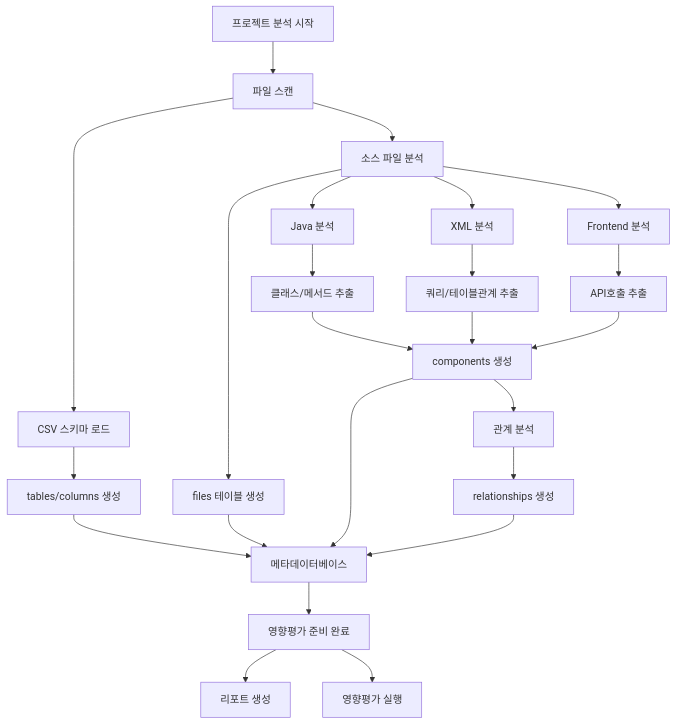
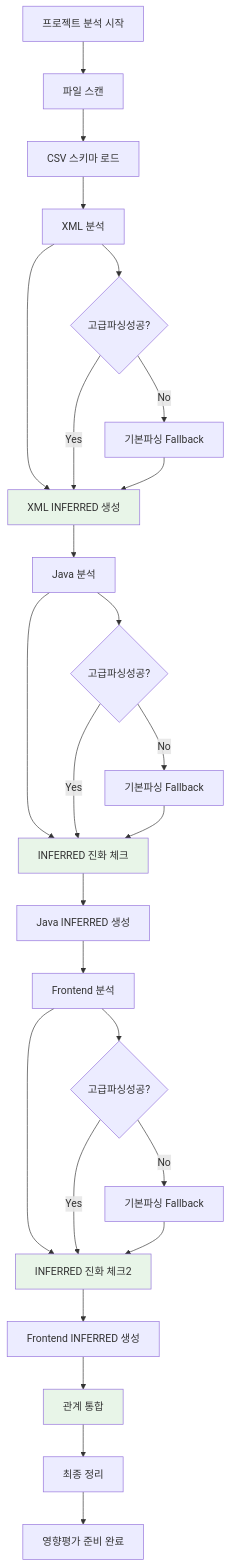
Before and after one commit to kumtaek/SourceAnalyzer: the third of 7 diagrams in docs/03_시스템_아키텍처_설계.md, drawn with Mermaid. The commit also changed other lines of this file and 63 other files, not shown here.

````diff
--- a/docs/03_시스템_아키텍처_설계.md
+++ b/docs/03_시스템_아키텍처_설계.md
@@ -282,33 +269,37 @@
 ```mermaid
 flowchart TD
     A[프로젝트 분석 시작] --> B[파일 스캔]
     B --> C[CSV 스키마 로드]
-    B --> D[소스 파일 분석]
+    C --> D[XML 분석]
     
-    C --> E[tables/columns 생성]
-    D --> F[files 테이블 생성]
+    D --> E[XML INFERRED 생성]
+    E --> F[Java 분석]
+    F --> G[INFERRED 진화 체크]
+    G --> H[Java INFERRED 생성]
+    H --> I[Frontend 분석]
+    I --> J[INFERRED 진화 체크2]
+    J --> K[Frontend INFERRED 생성]
+    K --> L[관계 통합]
+    L --> M[최종 정리]
+    M --> N[영향평가 준비 완료]
     
-    D --> G[Java 분석]
-    D --> H[XML 분석]  
-    D --> I[Frontend 분석]
+    D --> D1{고급파싱성공?}
+    D1 -->|Yes| E
+    D1 -->|No| D2[기본파싱 Fallback]
+    D2 --> E
     
-    G --> J[클래스/메서드 추출]
-    H --> K[쿼리/테이블관계 추출]
-    I --> L[API호출 추출]
+    F --> F1{고급파싱성공?}
+    F1 -->|Yes| G
+    F1 -->|No| F2[기본파싱 Fallback]
+    F2 --> G
     
-    J --> M[components 생성]
-    K --> M
-    L --> M
+    I --> I1{고급파싱성공?}
+    I1 -->|Yes| J
+    I1 -->|No| I2[기본파싱 Fallback]
+    I2 --> J
     
-    M --> N[관계 분석]
-    N --> O[relationships 생성]
-    
-    E --> P[메타데이터베이스]
-    F --> P
-    M --> P
-    O --> P
-    
-    P --> Q[영향평가 준비 완료]
-    Q --> R[리포트 생성]
-    Q --> S[영향평가 실행]
+    style E fill:#e8f5e8
+    style G fill:#e8f5e8
+    style J fill:#e8f5e8
+    style L fill:#e8f5e8
 ```
````
